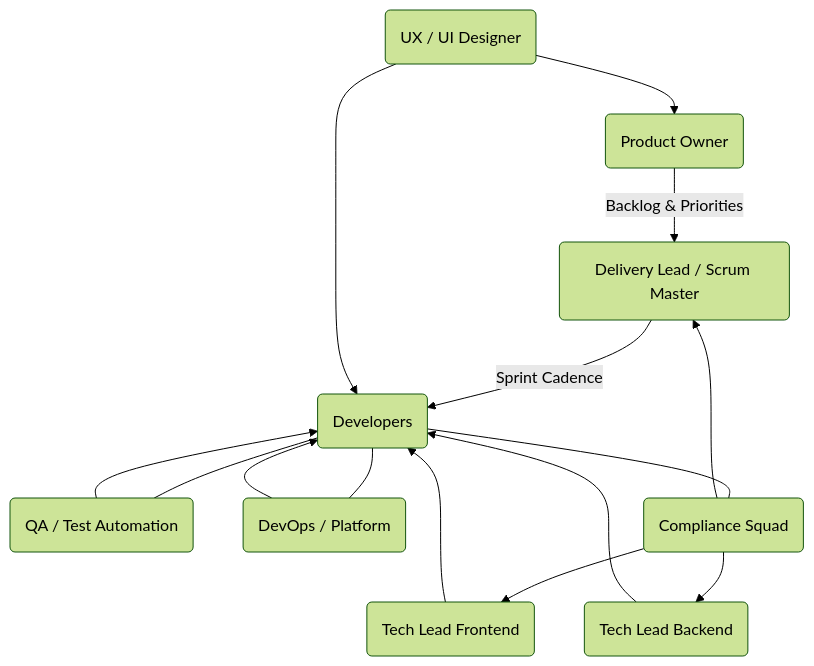
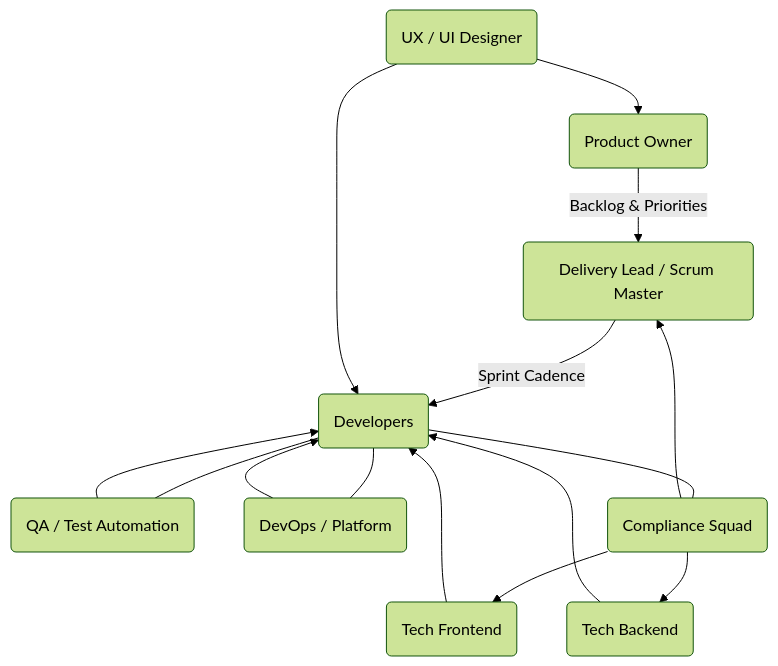
The second of 4 diagrams in working-framework.md (netshiaMR/way-of-working-framework), drawn with Mermaid (forest theme) before and after one commit.

Commit message:
Update tech lead titles in working framework

````diff
--- a/working-framework.md
+++ b/working-framework.md
@@ -27,28 +27,28 @@
 ```mermaid
 graph TD
     PO(Product Owner)
     DL(Delivery Lead / Scrum Master)
-    TL-Tech(Tech Lead Frontend)
-    TL-Back(Tech Lead Backend)
+    TL-Tech(Tech Frontend)
+    TL-Back(Tech Backend)
     Dev(Developers)
     QA(QA / Test Automation)
     DevOps(DevOps / Platform)
     Comp(Compliance Squad)
     UX(UX / UI Designer)
 
     PO -->|Backlog & Priorities| DL
     DL -->|Sprint Cadence| Dev
     TL-Tech --> Dev
     TL-Back --> Dev
     QA --> Dev
     DevOps --> Dev
     Comp --> DL
     Comp --> TL-Tech
     Comp --> TL-Back
     UX --> PO
     UX --> Dev
 
     Dev --- QA
     Dev --- DevOps
     Dev --- Comp
 ```
````
